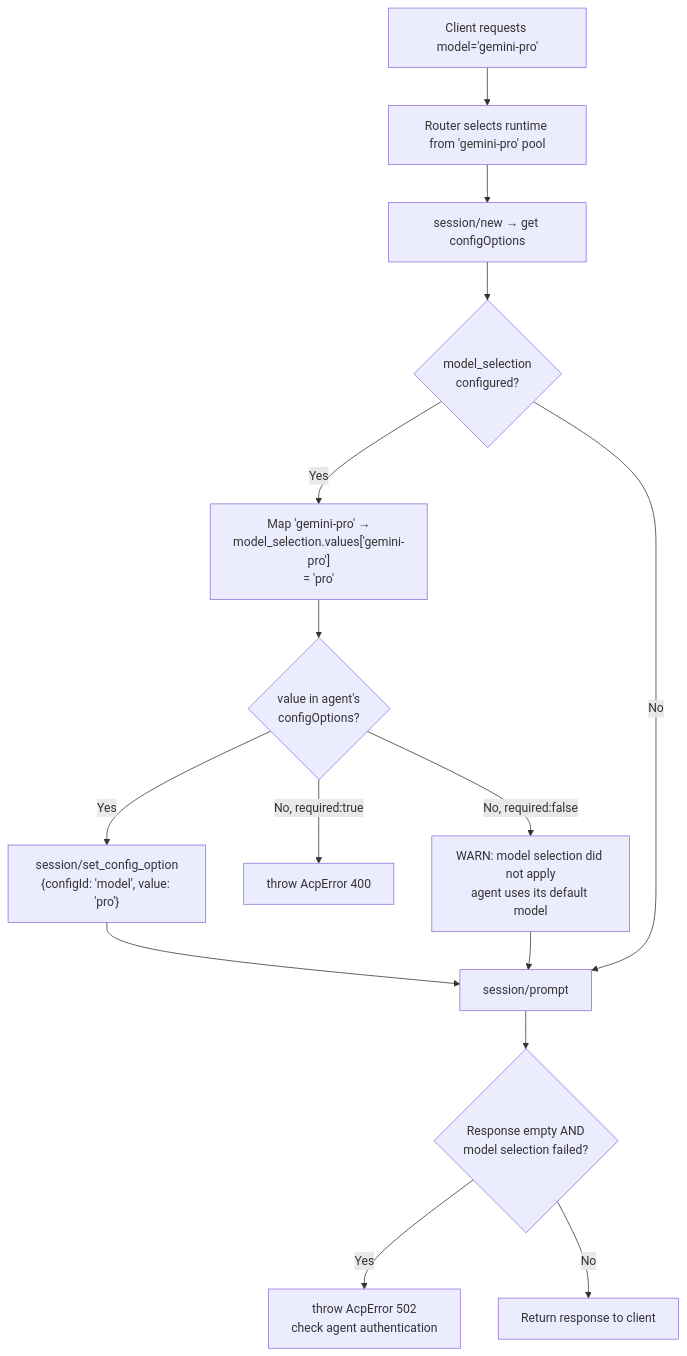
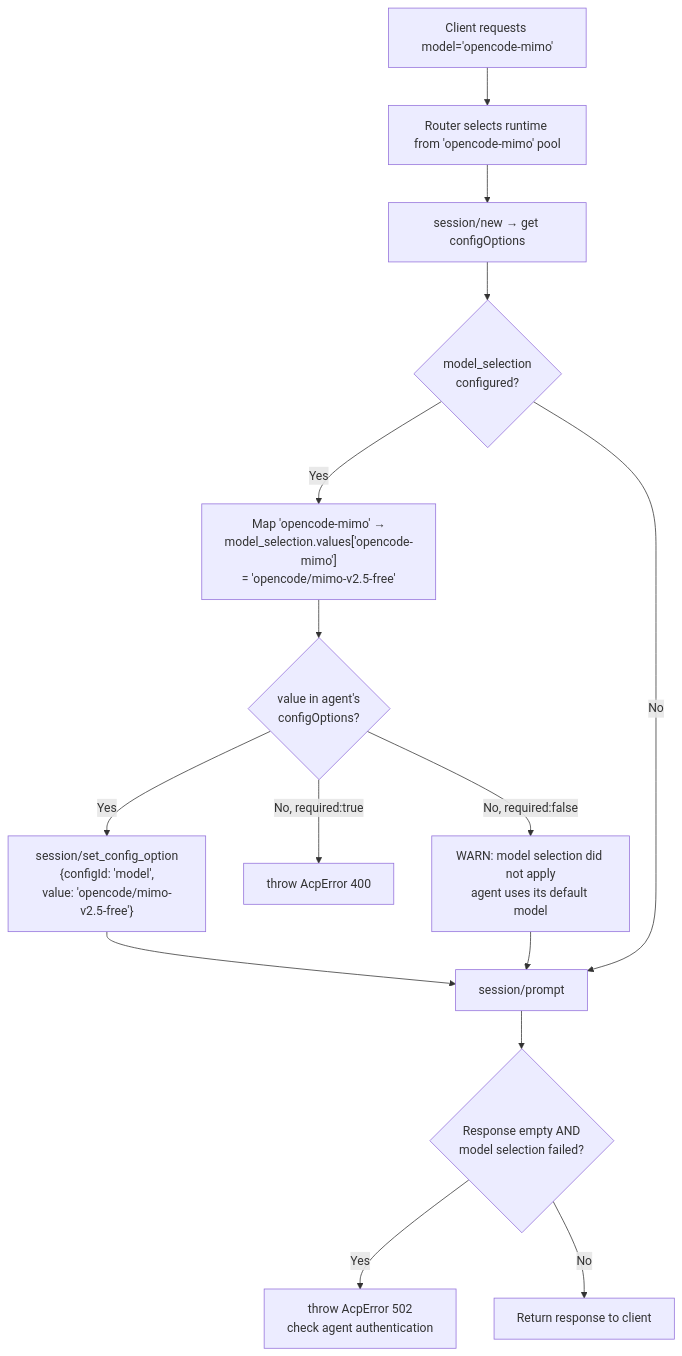
One commit to jetnet/acp-openai-proxy changed the tenth of 12 diagrams in docs/ARCHITECTURE.md. Above: the diagram before and after it, drawn with Mermaid. The commit also changed other lines of this file and 3 other files, not shown here.

First line of the commit message:
docs: drop gemini, document opencode as the reference agent

````diff
--- a/docs/ARCHITECTURE.md
+++ b/docs/ARCHITECTURE.md
@@ -531,17 +531,17 @@
 ```mermaid
 flowchart TD
-    REQ["Client requests model='gemini-pro'"] --> POOL["Router selects runtime from 'gemini-pro' pool"]
+    REQ["Client requests model='opencode-mimo'"] --> POOL["Router selects runtime from 'opencode-mimo' pool"]
     POOL --> NEWSESS["session/new → get configOptions"]
     NEWSESS --> HAS{model_selection<br/>configured?}
-    HAS -->|Yes| MAP["Map 'gemini-pro' →<br/>model_selection.values['gemini-pro']<br/>= 'pro'"]
+    HAS -->|Yes| MAP["Map 'opencode-mimo' →<br/>model_selection.values['opencode-mimo']<br/>= 'opencode/mimo-v2.5-free'"]
     MAP --> ALLOWS{value in agent's<br/>configOptions?}
-    ALLOWS -->|Yes| SET["session/set_config_option<br/>{configId: 'model', value: 'pro'}"]
+    ALLOWS -->|Yes| SET["session/set_config_option<br/>{configId: 'model',<br/>value: 'opencode/mimo-v2.5-free'}"]
     SET --> PROMPT["session/prompt"]
     ALLOWS -->|No, required:true| ERR1["throw AcpError 400"]
     ALLOWS -->|No, required:false| WARN["WARN: model selection did not apply<br/>agent uses its default model"]
     WARN --> PROMPT
     HAS -->|No| PROMPT
     PROMPT --> EMPTY{Response empty AND<br/>model selection failed?}
     EMPTY -->|Yes| ERR2["throw AcpError 502<br/>check agent authentication"]
     EMPTY -->|No| DONE["Return response to client"]
 ```
````
